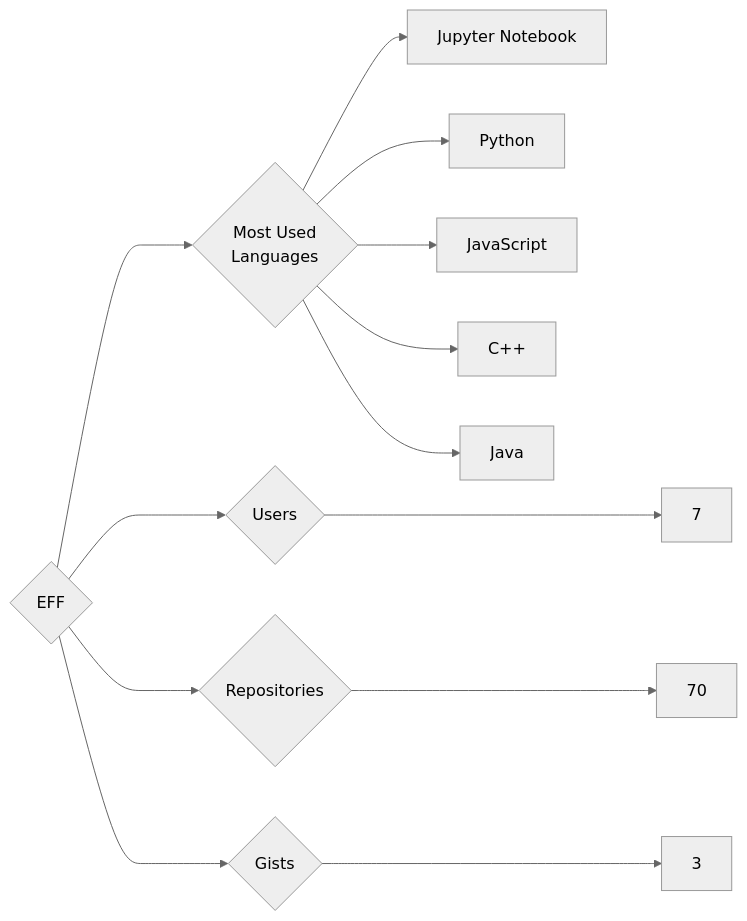
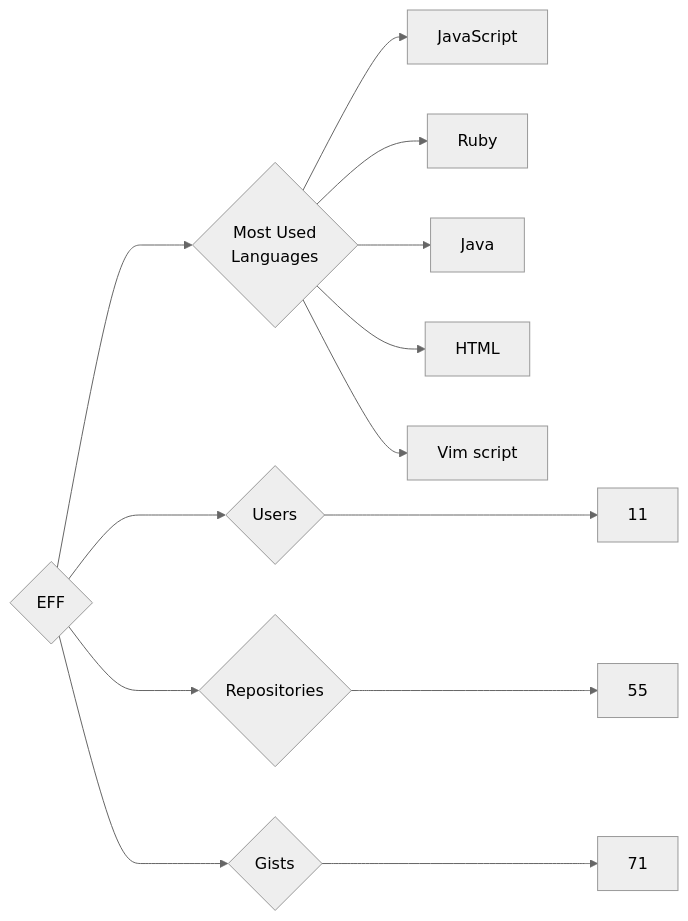
The diagram in targets/EFF/README.md (trickest/insiders), drawn with Mermaid (neutral theme) before and after one commit. The commit also changed 748 other files, not shown here.

````diff
--- a/targets/EFF/README.md
+++ b/targets/EFF/README.md
@@ -3,13 +3,13 @@
 ```mermaid
 graph LR
 COMPANY_NAME{EFF}
-COMPANY_NAME ---> U{Users} ---> UN[7]
-COMPANY_NAME ---> R{Repositories} ---> RN[70]
-COMPANY_NAME ---> G{Gists} ---> GN[3]
+COMPANY_NAME ---> U{Users} ---> UN[11]
+COMPANY_NAME ---> R{Repositories} ---> RN[55]
+COMPANY_NAME ---> G{Gists} ---> GN[71]
 COMPANY_NAME ---> ML{Most Used<br>Languages}
-ML --> Jupyter_Notebook[Jupyter Notebook]
-ML --> Python[Python]
 ML --> JavaScript[JavaScript]
-ML --> C++[C++]
+ML --> Ruby[Ruby]
 ML --> Java[Java]
+ML --> HTML[HTML]
+ML --> Vim_script[Vim script]
 ```
````
